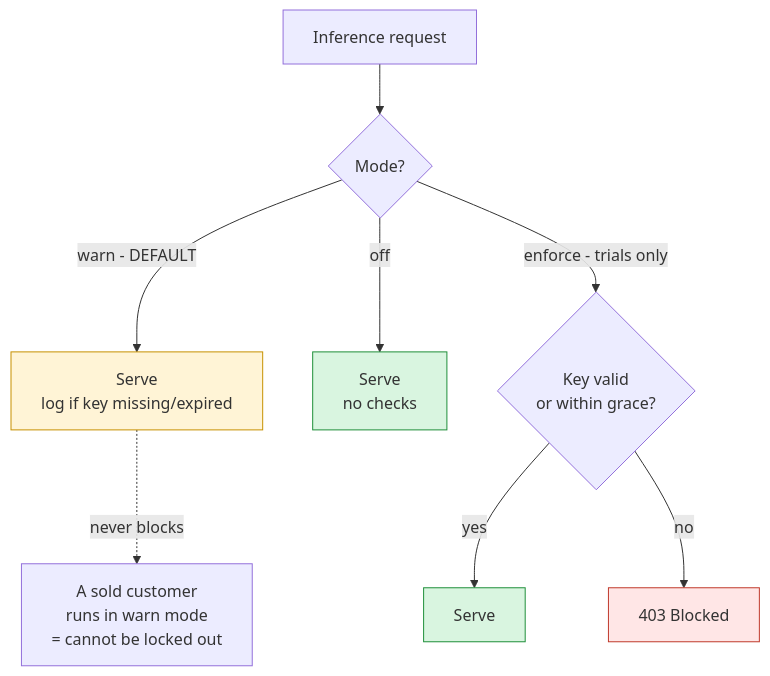
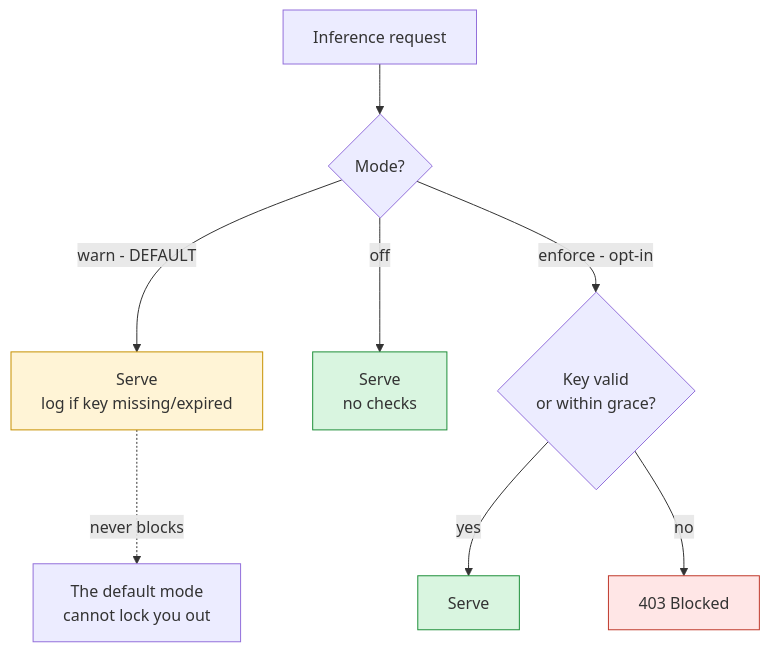
One commit to jina-ai/jina-airgap changed the first of 2 diagrams in docs/Licensing.md. Above: the diagram before and after it, drawn with Mermaid. The commit also changed other lines of this file and 41 other files, not shown here.

````diff
--- a/docs/Licensing.md
+++ b/docs/Licensing.md
@@ -52,20 +41,19 @@
 ```mermaid
 flowchart TD
     classDef ok fill:#d9f5e0,stroke:#1f8f3a
     classDef warn fill:#fff4d6,stroke:#c79100
     classDef block fill:#ffe6e6,stroke:#c0392b
 
     R[Inference request] --> M{Mode?}
     M -->|warn - DEFAULT| S[Serve
 log if key missing/expired]:::warn
     M -->|off| S2[Serve
 no checks]:::ok
-    M -->|enforce - trials only| V{Key valid
+    M -->|enforce - opt-in| V{Key valid
 or within grace?}
     V -->|yes| S3[Serve]:::ok
     V -->|no| B[403 Blocked]:::block
 
-    S -.->|never blocks| Note[A sold customer
-runs in warn mode
-= cannot be locked out]
+    S -.->|never blocks| Note[The default mode
+cannot lock you out]
 ```
````
